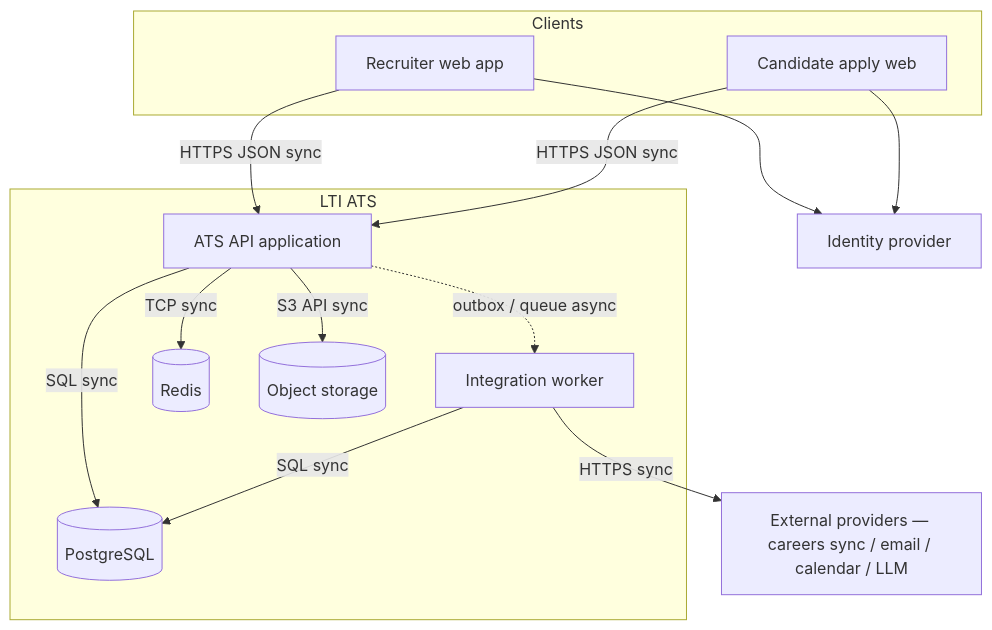
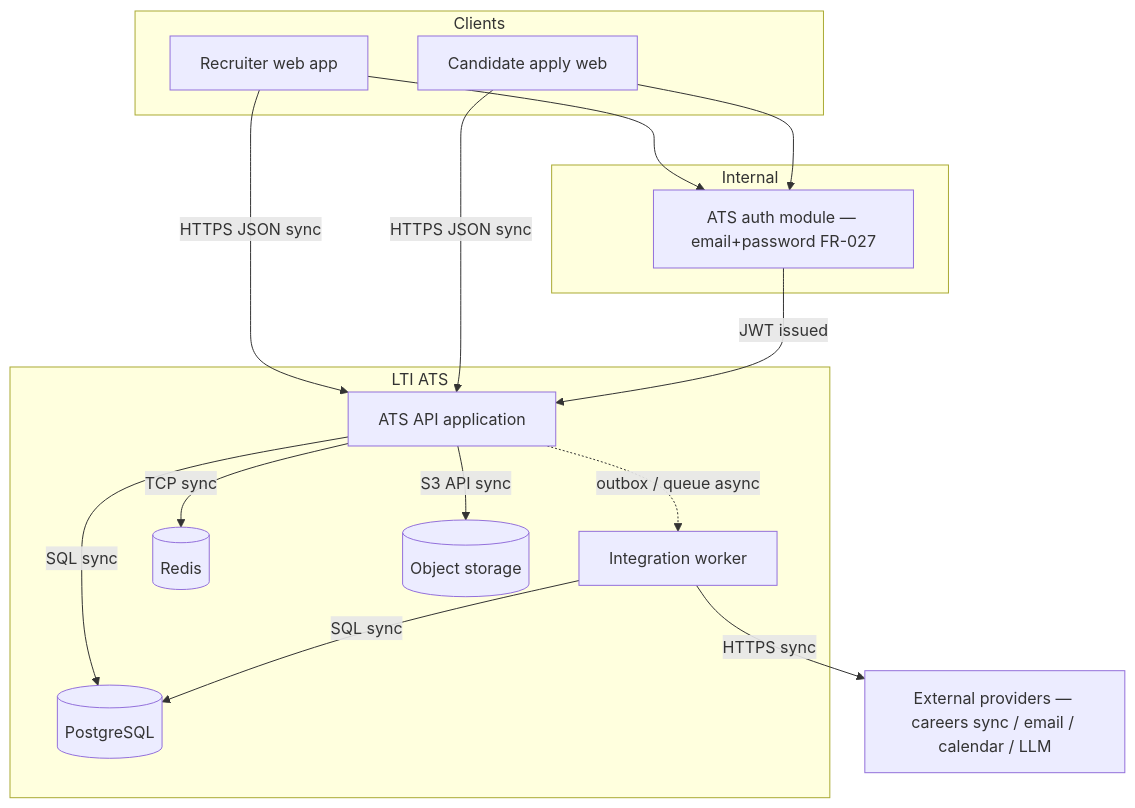
One commit to icsanabriar/AI4Devs-design-2-202602-Seniors changed the seventh of 8 diagrams in LTI-ICS/LTI-ICS.md. Above: the diagram before and after it, drawn with Mermaid. The commit also changed other lines of this file and 2 other files, not shown here.

````diff
--- a/LTI-ICS/LTI-ICS.md
+++ b/LTI-ICS/LTI-ICS.md
@@ -467,26 +473,29 @@
 ```mermaid
 flowchart TB
   subgraph Clients
     W1[Recruiter web app]
     W2[Candidate apply web]
   end
   subgraph LTI_ATS["LTI ATS"]
     API[ATS API application]
     WRK[Integration worker]
     DB[(PostgreSQL)]
     RED[(Redis)]
     OBJ[(Object storage)]
   end
-  IDP[Identity provider]
+  subgraph LTI_auth["Internal"]
+    AUTH[ATS auth module — email+password FR-027]
+  end
   EXT[External providers — careers sync / email / calendar / LLM]
   W1 -->|HTTPS JSON sync| API
   W2 -->|HTTPS JSON sync| API
-  W1 --> IDP
-  W2 --> IDP
+  W1 --> AUTH
+  W2 --> AUTH
+  AUTH -->|JWT issued| API
   API -->|SQL sync| DB
   API -->|S3 API sync| OBJ
   API -->|TCP sync| RED
   API -.->|outbox / queue async| WRK
   WRK -->|HTTPS sync| EXT
   WRK -->|SQL sync| DB
 ```
````
